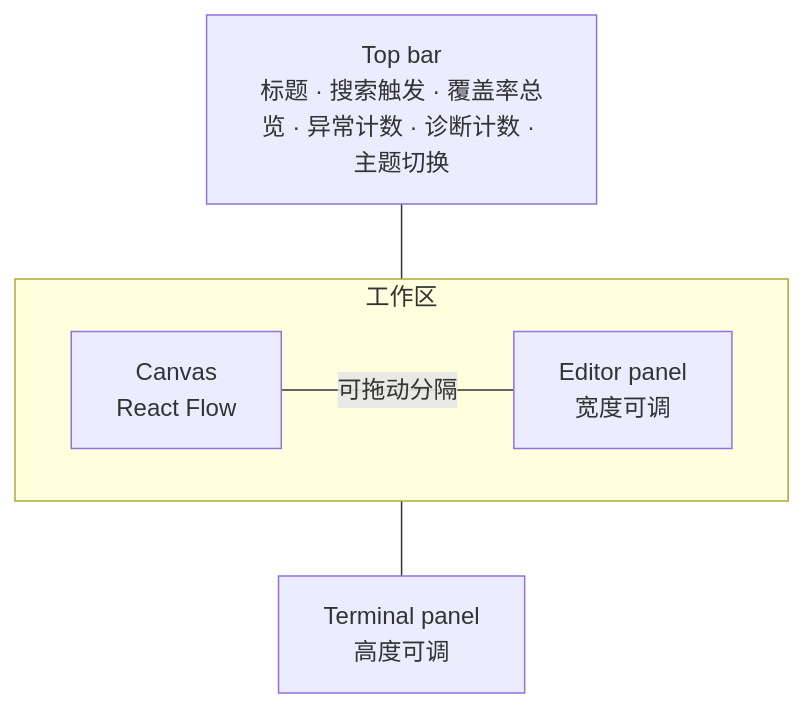
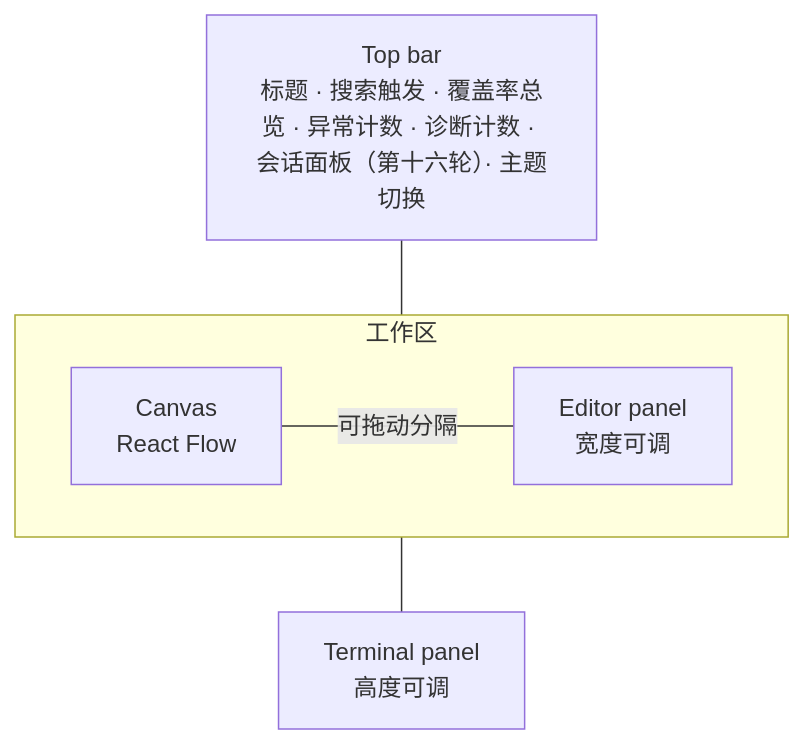
The first of 2 diagrams in docs/design/design-00002-whiteboard-ui.md (ryan-alexander-zhang/ai-native-project-template), drawn with Mermaid before and after one commit. The commit also changed other lines of this file and 8 other files, not shown here.

````diff
--- a/docs/design/design-00002-whiteboard-ui.md
+++ b/docs/design/design-00002-whiteboard-ui.md
@@ -60,10 +60,10 @@
 ```mermaid
 flowchart TB
-  TB[Top bar<br/>标题 · 搜索触发 · 覆盖率总览 · 异常计数 · 诊断计数 · 主题切换]
+  TB[Top bar<br/>标题 · 搜索触发 · 覆盖率总览 · 异常计数 · 诊断计数 · 会话面板（第十六轮）· 主题切换]
   subgraph Work[工作区]
     direction LR
     CV[Canvas<br/>React Flow] ---|可拖动分隔| EP[Editor panel<br/>宽度可调]
   end
   TB --- Work
   Work --- TP[Terminal panel<br/>高度可调]
 ```
````
